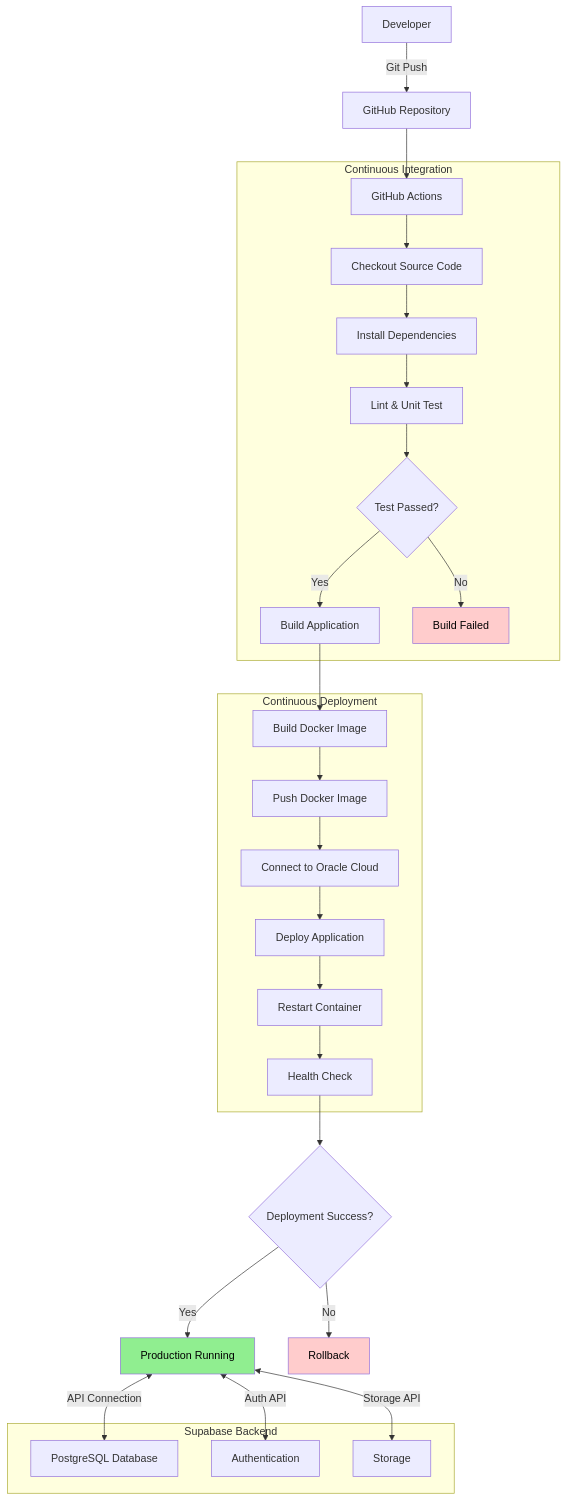
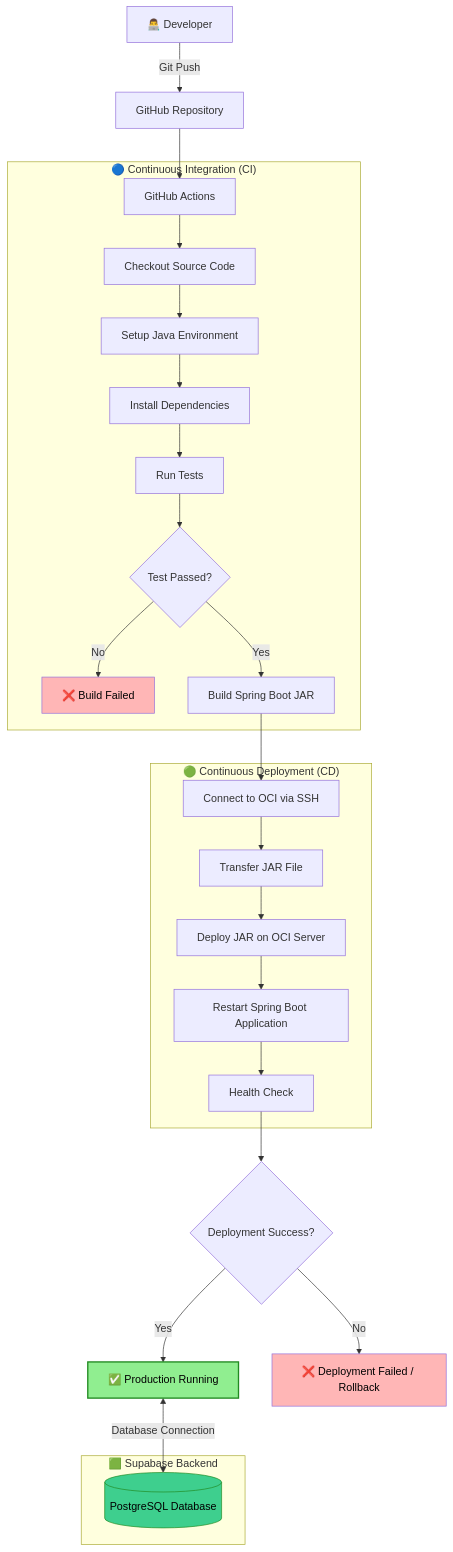
Before and after one commit to smilegate-palette/smilegateBE: the diagram in README.md, drawn with Mermaid. The commit also changed other lines of this file, not shown here.

````diff
--- a/README.md
+++ b/README.md
@@ -20,42 +17,39 @@
 ```mermaid
 flowchart TD
-    A["Developer"] -->|Git Push| B["GitHub Repository"]
+    A["👨‍💻 Developer"] -->|Git Push| B["GitHub Repository"]
 
     B --> C["GitHub Actions"]
-    
-    subgraph CI["Continuous Integration"]
+
+    subgraph CI["🔵 Continuous Integration (CI)"]
         C --> D["Checkout Source Code"]
-        D --> E["Install Dependencies"]
-        E --> F["Lint & Unit Test"]
-        F --> G{"Test Passed?"}
-        G -->|Yes| H["Build Application"]
-        G -->|No| I["Build Failed"]
+        D --> E["Setup Java Environment"]
+        E --> F["Install Dependencies"]
+        F --> G["Run Tests"]
+        G --> H{"Test Passed?"}
+        H -->|No| I["❌ Build Failed"]
+        H -->|Yes| J["Build Spring Boot JAR"]
     end
 
-    subgraph CD["Continuous Deployment"]
-        H --> J["Build Docker Image"]
-        J --> K["Push Docker Image"]
-        K --> L["Connect to Oracle Cloud"]
-        L --> M["Deploy Application"]
-        M --> N["Restart Container"]
+    subgraph CD["🟢 Continuous Deployment (CD)"]
+        J --> K["Connect to OCI via SSH"]
+        K --> L["Transfer JAR File"]
+        L --> M["Deploy JAR on OCI Server"]
+        M --> N["Restart Spring Boot Application"]
         N --> O["Health Check"]
     end
 
     O --> P{"Deployment Success?"}
-    P -->|Yes| Q["Production Running"]
-    P -->|No| R["Rollback"]
+    P -->|Yes| Q["✅ Production Running"]
+    P -->|No| R["❌ Deployment Failed / Rollback"]
 
-    subgraph SUPABASE["Supabase Backend"]
-        S["PostgreSQL Database"]
-        T["Authentication"]
-        U["Storage"]
+    subgraph SUPABASE["🟩 Supabase Backend"]
+        S[("PostgreSQL Database")]
     end
 
-    Q <-->|API Connection| S
-    Q <-->|Auth API| T
-    Q <-->|Storage API| U
+    Q <-->|Database Connection| S
 
-    style Q fill:#90EE90,color:#000
-    style I fill:#FFCCCC,color:#000
-    style R fill:#FFCCCC,color:#000
+    style Q fill:#90EE90,color:#000,stroke:#228B22,stroke-width:2px
+    style I fill:#FFB6B6,color:#000
+    style R fill:#FFB6B6,color:#000
+    style S fill:#3ECF8E,color:#000,stroke:#228B22
 ```
````
